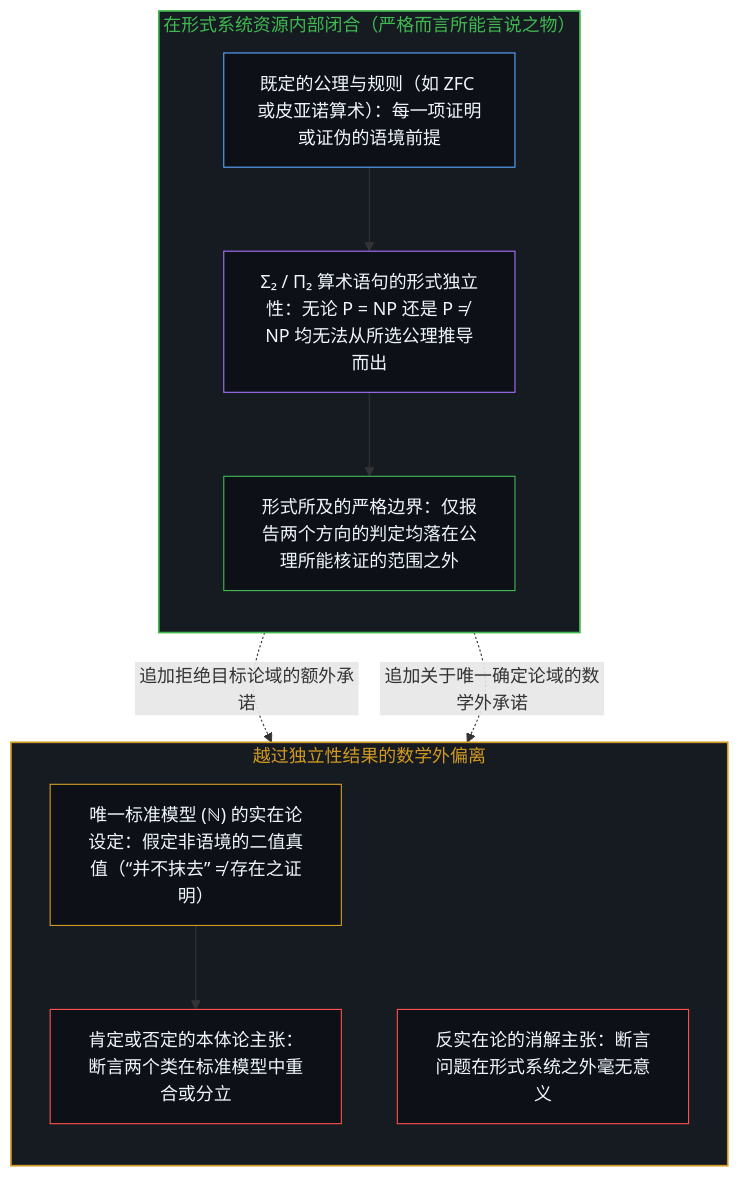
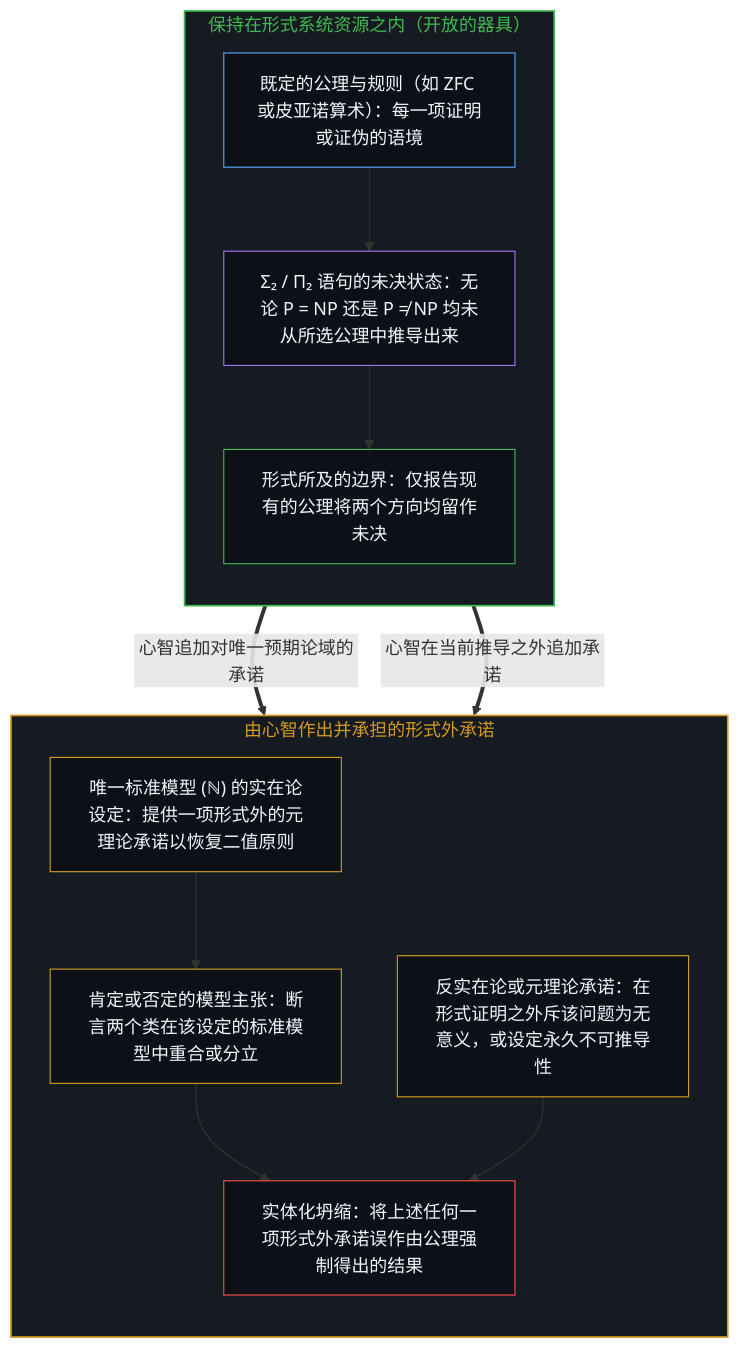
One commit to powerpig99/not-a-toe changed the third of 4 diagrams in content/posts/on-the-boundaries-of-what-can-be-said-about-p-and-np.md. Above: the diagram before and after it, drawn with Mermaid. The commit also changed other lines of this file and 1 other file, not shown here.

````diff
--- a/content/posts/on-the-boundaries-of-what-can-be-said-about-p-and-np.md
+++ b/content/posts/on-the-boundaries-of-what-can-be-said-about-p-and-np.md
@@ -83,27 +83,31 @@
 ```mermaid
 flowchart TD
-    subgraph S_Formal["在形式系统资源内部闭合（严格而言所能言说之物）"]
+    subgraph S_Formal["保持在形式系统资源之内（开放的器具）"]
         direction TB
-        Ax["既定的公理与规则（如 ZFC 或皮亚诺算术）：每一项证明或证伪的语境前提"]
-        Ind["Σ₂ / Π₂ 算术语句的形式独立性：无论 P = NP 还是 P ≠ NP 均无法从所选公理推导而出"]
-        Bound["形式所及的严格边界：仅报告两个方向的判定均落在公理所能核证的范围之外"]
+        Ax["既定的公理与规则（如 ZFC 或皮亚诺算术）：每一项证明或证伪的语境"]
+        Ind["Σ₂ / Π₂ 语句的未决状态：无论 P = NP 还是 P ≠ NP 均未从所选公理中推导出来"]
+        Bound["形式所及的边界：仅报告现有的公理将两个方向均留作未决"]
         Ax --> Ind --> Bound
     end
-    subgraph S_Depart["越过独立性结果的数学外偏离"]
+    subgraph S_Depart["由心智作出并承担的形式外承诺"]
         direction TB
-        Posit["唯一标准模型 (ℕ) 的实在论设定：假定非语境的二值真值（“并不抹去” ≠ 存在之证明）"]
-        Claim1["肯定或否定的本体论主张：断言两个类在标准模型中重合或分立"]
-        Claim2["反实在论的消解主张：断言问题在形式系统之外毫无意义"]
+        Posit["唯一标准模型 (ℕ) 的实在论设定：提供一项形式外的元理论承诺以恢复二值原则"]
+        Claim1["肯定或否定的模型主张：断言两个类在该设定的标准模型中重合或分立"]
+        Claim2["反实在论或元理论承诺：在形式证明之外斥该问题为无意义，或设定永久不可推导性"]
+        Collapse["实体化坍缩：将上述任何一项形式外承诺误作由公理强制得出的结果"]
         Posit --> Claim1
-        Bound -.->|"追加拒绝目标论域的额外承诺"| Claim2
+        Claim1 --> Collapse
+        Claim2 --> Collapse
     end
-    Bound -.->|"追加关于唯一确定论域的数学外承诺"| Posit
+    Bound ==>|"心智追加对唯一预期论域的承诺"| Posit
+    Bound ==>|"心智在当前推导之外追加承诺"| Claim2
     style S_Formal fill:#161b22,stroke:#3fb950,stroke-width:1.5px,color:#3fb950
     style S_Depart fill:#161b22,stroke:#d29922,stroke-width:1.5px,color:#d29922
     style Ax fill:#0d1117,stroke:#58a6ff,stroke-width:1px,color:#f0f6fc
     style Ind fill:#0d1117,stroke:#a371f7,stroke-width:1px,color:#f0f6fc
     style Bound fill:#0d1117,stroke:#3fb950,stroke-width:1px,color:#f0f6fc
     style Posit fill:#0d1117,stroke:#d29922,stroke-width:1px,color:#f0f6fc
-    style Claim1 fill:#0d1117,stroke:#f85149,stroke-width:1px,color:#f0f6fc
-    style Claim2 fill:#0d1117,stroke:#f85149,stroke-width:1px,color:#f0f6fc
+    style Claim1 fill:#0d1117,stroke:#d29922,stroke-width:1px,color:#f0f6fc
+    style Claim2 fill:#0d1117,stroke:#d29922,stroke-width:1px,color:#f0f6fc
+    style Collapse fill:#0d1117,stroke:#f85149,stroke-width:1px,color:#f0f6fc
 ```
````
